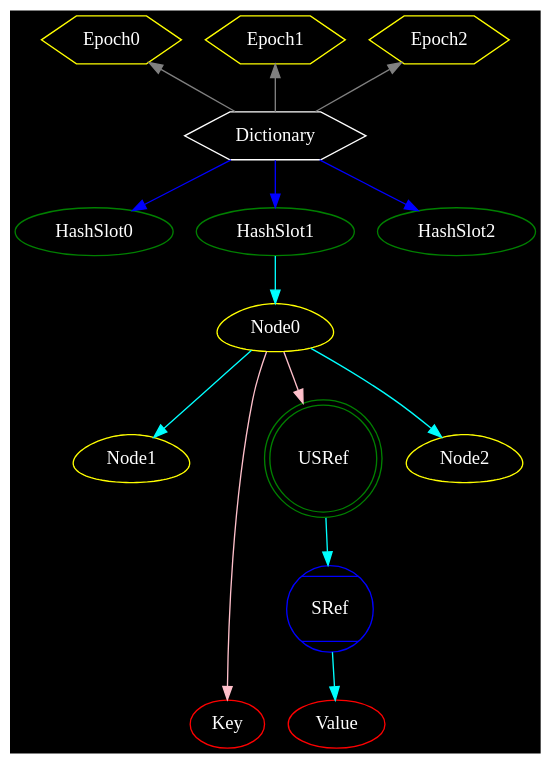
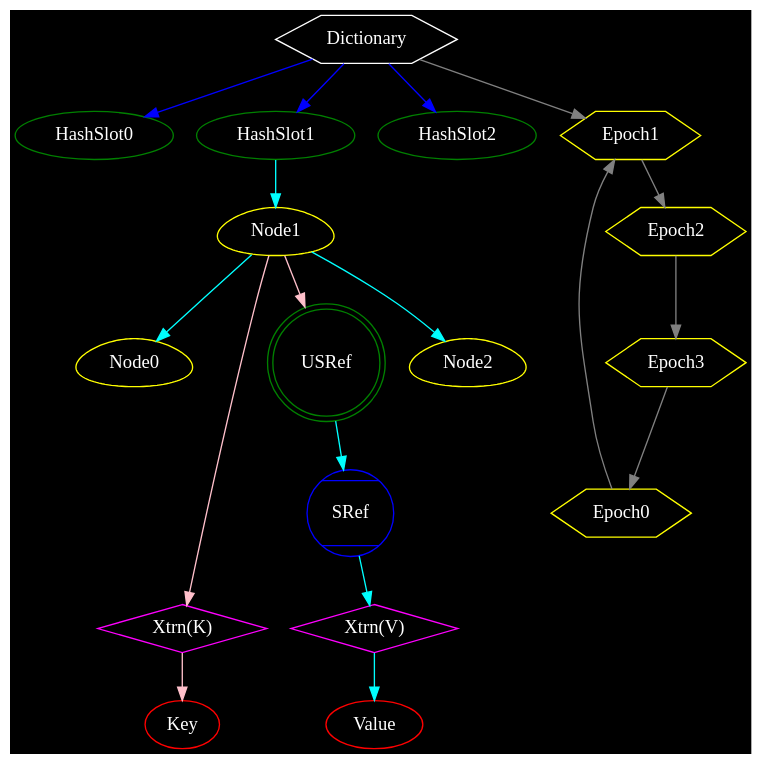
The diagram in Structures/diagram.dot (exodist/GSD), drawn with Graphviz before and after one commit. The commit also changed 1 other file, not shown here.

Commit message:
Update diagram of the hash structure

```diff
--- a/Structures/diagram.dot
+++ b/Structures/diagram.dot
@@ -1,46 +1,52 @@
 digraph overview {
     ordering=out
     bgcolor=black
     node [color=white,fontcolor=white]
 
     Dictionary [shape=hexagon]
 
     edge [color=blue]
     node [color=green,fontcolor=white]
     Dictionary->HashSlot0
     Dictionary->HashSlot1
     Dictionary->HashSlot2
 
     node [color=yellow,fontcolor=white]
     edge [color=cyan]
-    HashSlot1->Node0
+    HashSlot1->Node1
 
+    Node1 [shape=egg]
     Node0 [shape=egg]
-    Node1 [shape=egg]
+    XtrnA [color=magenta,shape=diamond,label="Xtrn(K)"]
     Key   [color=red]
     USRef [color=green,shape=doublecircle]
     Node2 [shape=egg]
 
-    Node0->Node1
-    Node0->Key   [color=pink]
-    Node0->USRef [color=pink]
-    Node0->Node2
+    Node1->Node0
+    Node1->XtrnA [color=pink]
+    XtrnA->Key   [color=pink]
+    Node1->USRef [color=pink]
+    Node1->Node2
 
     SRef  [color=blue,shape=Mcircle]
+    XtrnB [color=magenta,shape=diamond,label="Xtrn(V)"]
     Value [color=red]
 
     USRef->SRef
-    SRef->Value
+    SRef->XtrnB
+    XtrnB->Value
 
     {rank=same; HashSlot0 HashSlot1 HashSlot2}
-    {rank=same; Node1 Node2}
+    {rank=same; Node0 Node2}
     {rank=sink; Key Value}
 
     node [shape=hexagon]
     edge [color=grey]
-    Dictionary->Epoch0
+
+    Epoch0->Epoch1
+    Epoch1->Epoch2
+    Epoch2->Epoch3
+    Epoch3->Epoch0
+
     Dictionary->Epoch1
-    Dictionary->Epoch2
-
-    {rank=min; Epoch0 Epoch1 Epoch2}
 }
```
